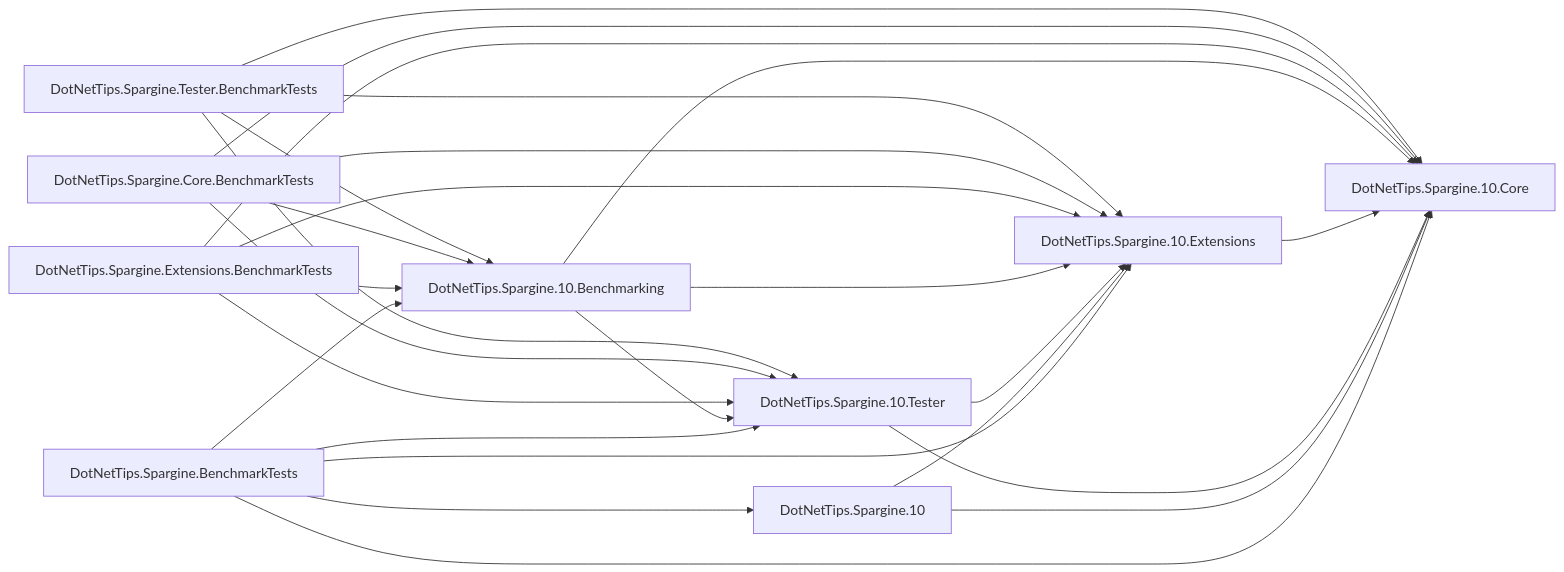
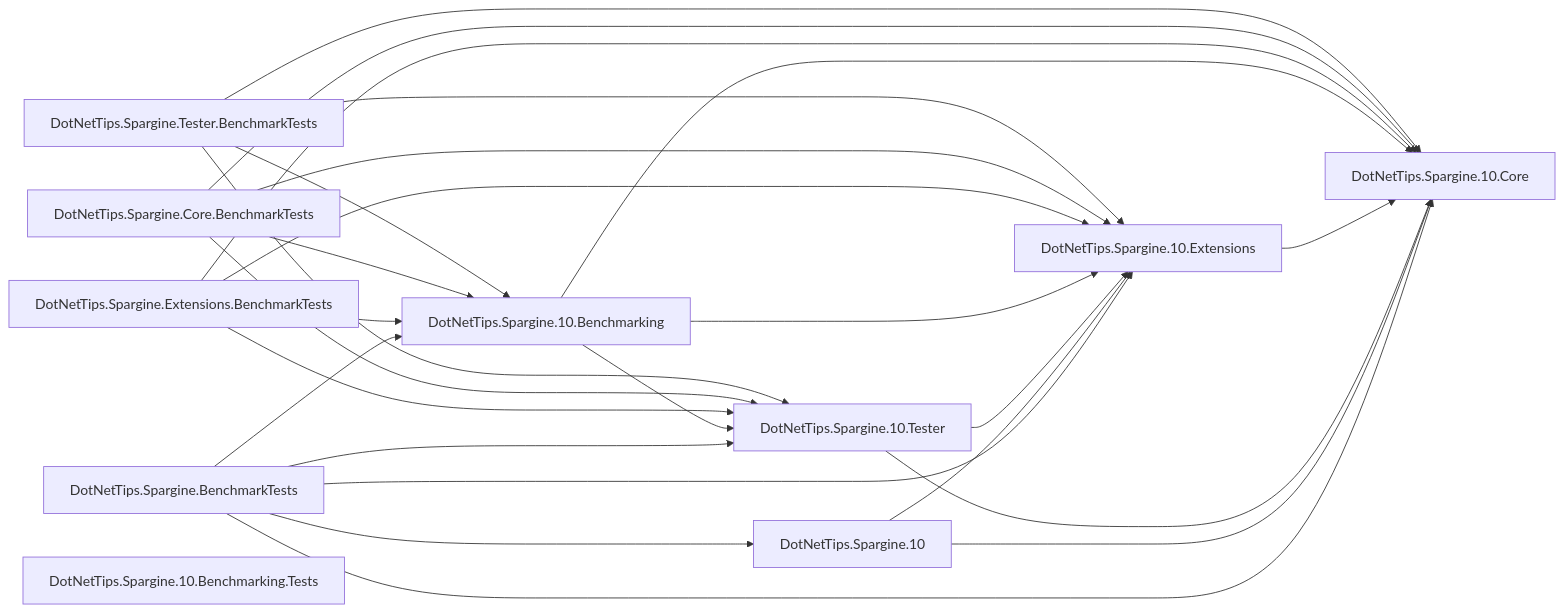
Before and after one commit to RealDotNetDave/dotNetTips.Spargine.10: the diagram in dependency-graph.mmd, drawn with Mermaid. The commit also changed 1 other file, not shown here.

Commit message:
Add DotNetTips.Spargine.10.Benchmarking.Tests to graphs
The dependency graph DOT and Mermaid files now include a node for DotNetTips.Spargine.10.Benchmarking.Tests. No new edges were added; this update improves project dependency visualization accuracy by reflecting the new benchmarking test project.

```diff
--- a/dependency-graph.mmd
+++ b/dependency-graph.mmd
@@ -1,35 +1,36 @@
 flowchart LR
     nDotNetTips_Spargine_Tester_BenchmarkTests["DotNetTips.Spargine.Tester.BenchmarkTests"]
     nDotNetTips_Spargine_Core_BenchmarkTests["DotNetTips.Spargine.Core.BenchmarkTests"]
     nDotNetTips_Spargine_Extensions_BenchmarkTests["DotNetTips.Spargine.Extensions.BenchmarkTests"]
     nDotNetTips_Spargine_10_Benchmarking["DotNetTips.Spargine.10.Benchmarking"]
     nDotNetTips_Spargine_10_Extensions["DotNetTips.Spargine.10.Extensions"]
     nDotNetTips_Spargine_10_Tester["DotNetTips.Spargine.10.Tester"]
     nDotNetTips_Spargine_10_Core["DotNetTips.Spargine.10.Core"]
     nDotNetTips_Spargine_10["DotNetTips.Spargine.10"]
     nDotNetTips_Spargine_BenchmarkTests["DotNetTips.Spargine.BenchmarkTests"]
+    nDotNetTips_Spargine_10_Benchmarking_Tests["DotNetTips.Spargine.10.Benchmarking.Tests"]
     nDotNetTips_Spargine_Tester_BenchmarkTests --> nDotNetTips_Spargine_10_Core
     nDotNetTips_Spargine_Tester_BenchmarkTests --> nDotNetTips_Spargine_10_Extensions
     nDotNetTips_Spargine_Tester_BenchmarkTests --> nDotNetTips_Spargine_10_Tester
     nDotNetTips_Spargine_Tester_BenchmarkTests --> nDotNetTips_Spargine_10_Benchmarking
     nDotNetTips_Spargine_Core_BenchmarkTests --> nDotNetTips_Spargine_10_Core
     nDotNetTips_Spargine_Core_BenchmarkTests --> nDotNetTips_Spargine_10_Extensions
     nDotNetTips_Spargine_Core_BenchmarkTests --> nDotNetTips_Spargine_10_Tester
     nDotNetTips_Spargine_Core_BenchmarkTests --> nDotNetTips_Spargine_10_Benchmarking
     nDotNetTips_Spargine_Extensions_BenchmarkTests --> nDotNetTips_Spargine_10_Core
     nDotNetTips_Spargine_Extensions_BenchmarkTests --> nDotNetTips_Spargine_10_Extensions
     nDotNetTips_Spargine_Extensions_BenchmarkTests --> nDotNetTips_Spargine_10_Tester
     nDotNetTips_Spargine_Extensions_BenchmarkTests --> nDotNetTips_Spargine_10_Benchmarking
     nDotNetTips_Spargine_10_Benchmarking --> nDotNetTips_Spargine_10_Core
     nDotNetTips_Spargine_10_Benchmarking --> nDotNetTips_Spargine_10_Extensions
     nDotNetTips_Spargine_10_Benchmarking --> nDotNetTips_Spargine_10_Tester
     nDotNetTips_Spargine_10_Extensions --> nDotNetTips_Spargine_10_Core
     nDotNetTips_Spargine_10_Tester --> nDotNetTips_Spargine_10_Core
     nDotNetTips_Spargine_10_Tester --> nDotNetTips_Spargine_10_Extensions
     nDotNetTips_Spargine_10 --> nDotNetTips_Spargine_10_Core
     nDotNetTips_Spargine_10 --> nDotNetTips_Spargine_10_Extensions
     nDotNetTips_Spargine_BenchmarkTests --> nDotNetTips_Spargine_10_Core
     nDotNetTips_Spargine_BenchmarkTests --> nDotNetTips_Spargine_10_Extensions
     nDotNetTips_Spargine_BenchmarkTests --> nDotNetTips_Spargine_10_Tester
     nDotNetTips_Spargine_BenchmarkTests --> nDotNetTips_Spargine_10
     nDotNetTips_Spargine_BenchmarkTests --> nDotNetTips_Spargine_10_Benchmarking
```
